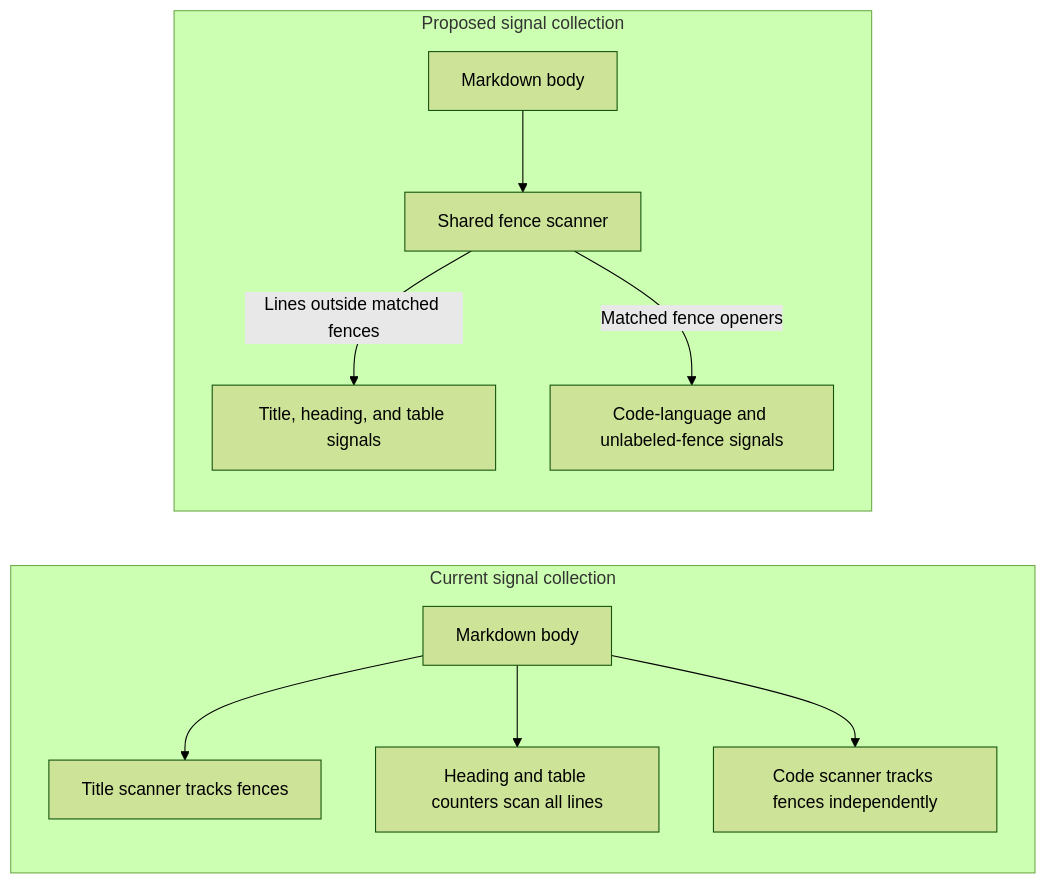
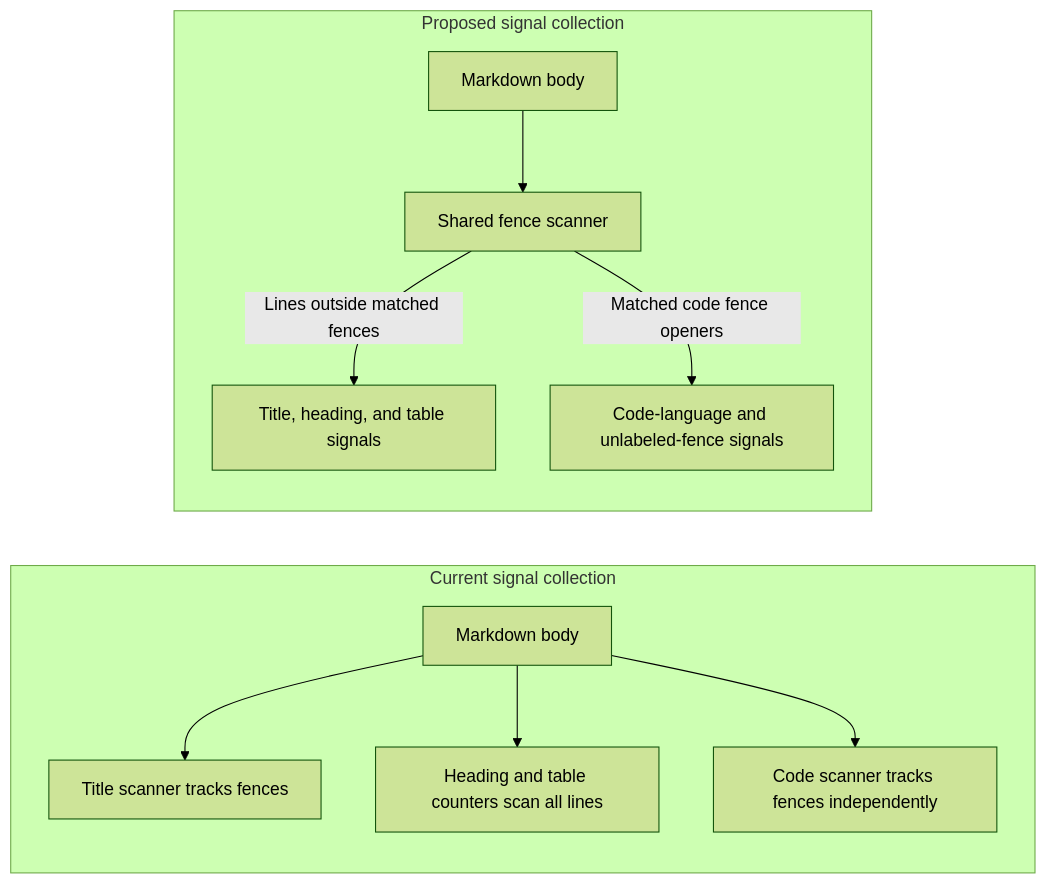
The diagram in docs/researches/research-2026-11-22-code-quality-review.md (dev-pi2pie/cdx-chores), drawn with Mermaid (forest theme) before and after one commit. The commit also changed other lines of this file and 2 other files, not shown here.

Commit message:
docs(code-quality-review): record Phase 1 closeout

````diff
--- a/docs/researches/research-2026-11-22-code-quality-review.md
+++ b/docs/researches/research-2026-11-22-code-quality-review.md
@@ -33,14 +33,14 @@
 ```mermaid
 flowchart LR
     subgraph current["Current signal collection"]
         currentBody["Markdown body"] --> titleScan["Title scanner tracks fences"]
         currentBody --> structureCounts["Heading and table counters scan all lines"]
         currentBody --> codeScan["Code scanner tracks fences independently"]
     end
 
     subgraph proposed["Proposed signal collection"]
         proposedBody["Markdown body"] --> fenceScan["Shared fence scanner"]
         fenceScan -->|"Lines outside matched fences"| structureSignals["Title, heading, and table signals"]
-        fenceScan -->|"Matched fence openers"| codeSignals["Code-language and unlabeled-fence signals"]
+        fenceScan -->|"Matched code fence openers"| codeSignals["Code-language and unlabeled-fence signals"]
     end
 ```
````
